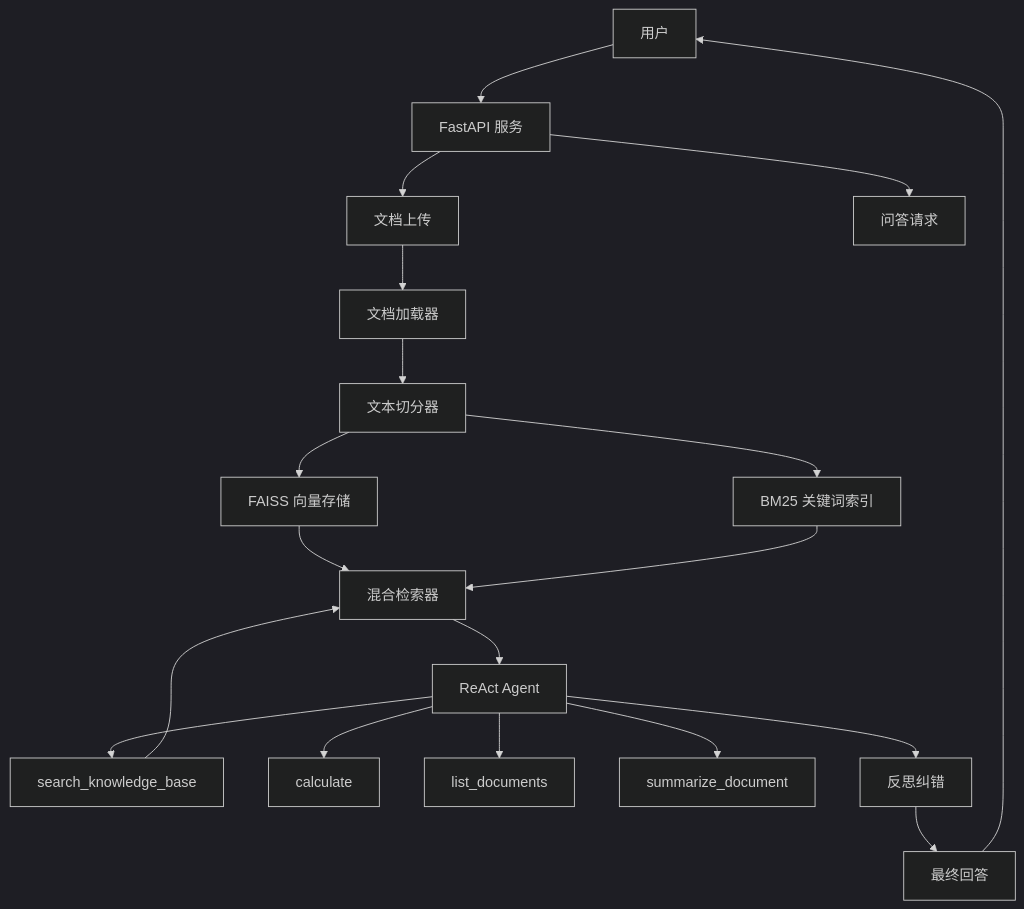
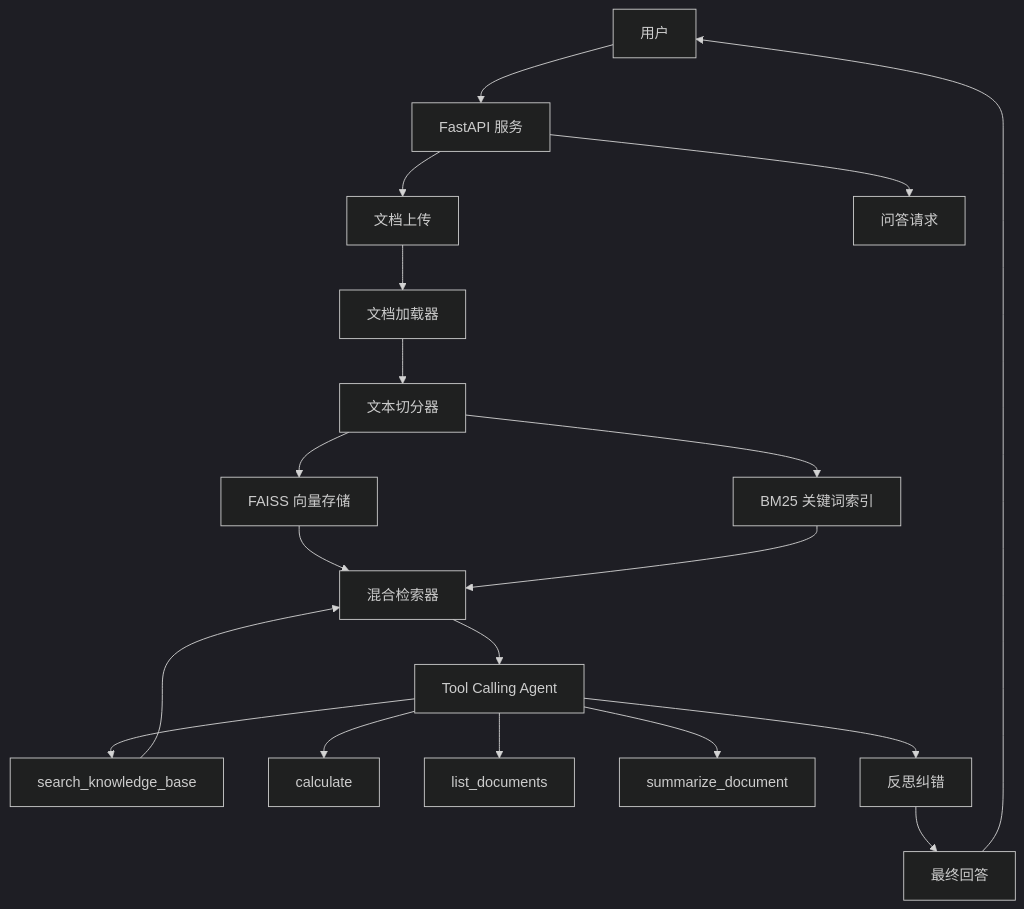
One commit to Skyzzzfq/rag-qa-agent changed the diagram in README.md. Above: the diagram before and after it, drawn with Mermaid (dark theme). The commit also changed other lines of this file and 12 other files, not shown here.

````diff
--- a/README.md
+++ b/README.md
@@ -7,21 +7,21 @@
 ```mermaid
 graph TD
     A[用户] --> B[FastAPI 服务]
     B --> C[文档上传]
     B --> D[问答请求]
     C --> E[文档加载器]
     E --> F[文本切分器]
     F --> G[FAISS 向量存储]
     F --> H[BM25 关键词索引]
     G --> I[混合检索器]
     H --> I
-    I --> J[ReAct Agent]
+    I --> J[Tool Calling Agent]
     J --> K[search_knowledge_base]
     J --> L[calculate]
     J --> M[list_documents]
     J --> N[summarize_document]
     K --> I
     J --> O[反思纠错]
     O --> P[最终回答]
     P --> A
 ```
````
